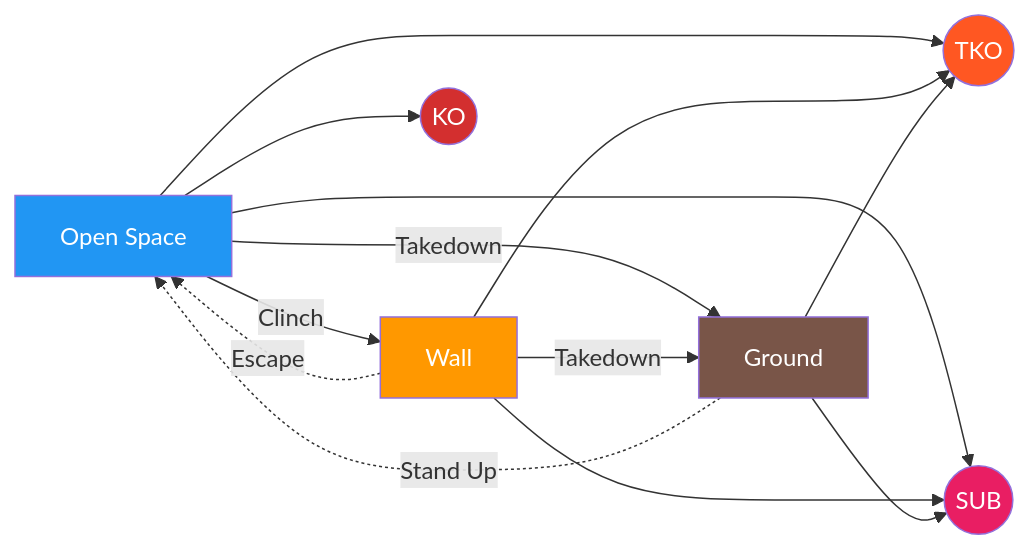
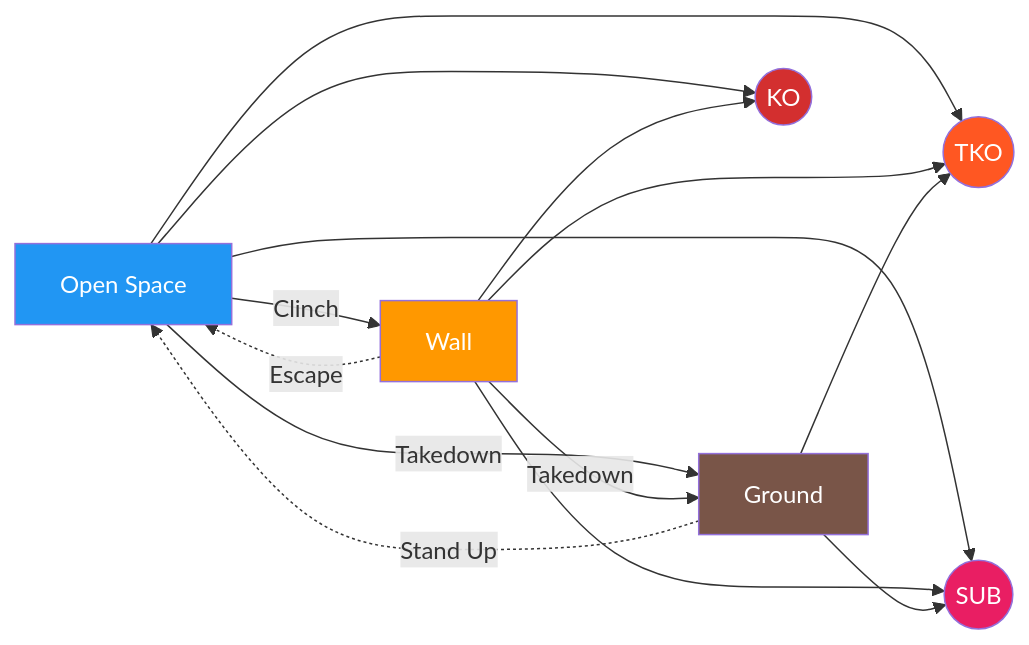
Before and after one commit to ACalienes/Ecological-MMA-Game-System: the diagram in docs/system/map.md, drawn with Mermaid.

Commit message:
Add Wall to KO path in flowchart

````diff
--- a/docs/system/map.md
+++ b/docs/system/map.md
@@ -11,23 +11,24 @@
 ```mermaid
 flowchart LR
     OS[Open Space] -->|Clinch| W[Wall]
     OS -->|Takedown| G[Ground]
     W -->|Takedown| G
     W -.->|Escape| OS
     G -.->|Stand Up| OS
 
     OS --> KO((KO))
     OS --> TKO((TKO))
     OS --> SUB((SUB))
+    W --> KO
     W --> TKO
     W --> SUB
     G --> TKO
     G --> SUB
 
     style OS fill:#2196F3,color:#fff
     style W fill:#FF9800,color:#fff
     style G fill:#795548,color:#fff
     style KO fill:#D32F2F,color:#fff
     style TKO fill:#FF5722,color:#fff
     style SUB fill:#E91E63,color:#fff
 ```
````
